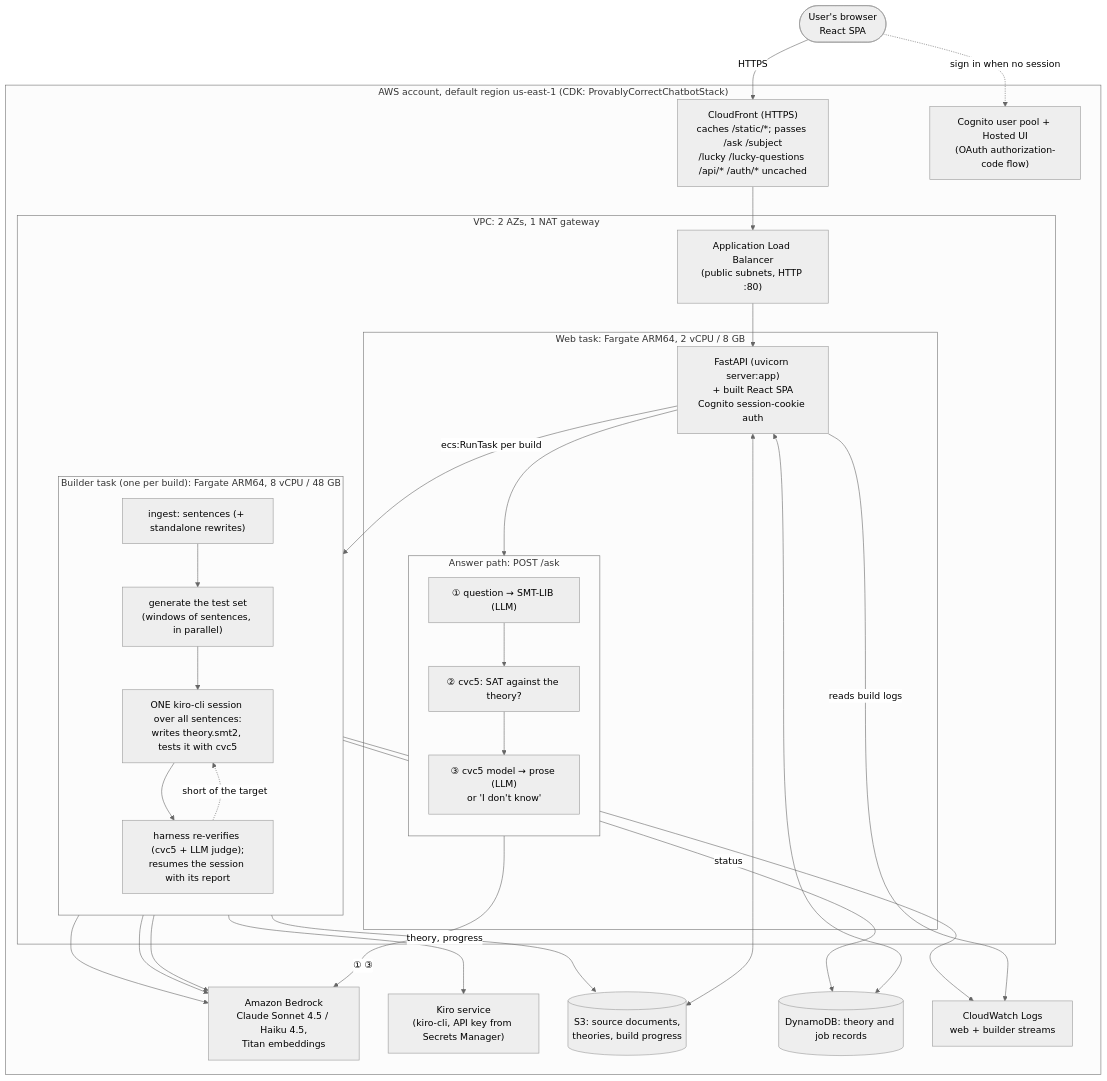
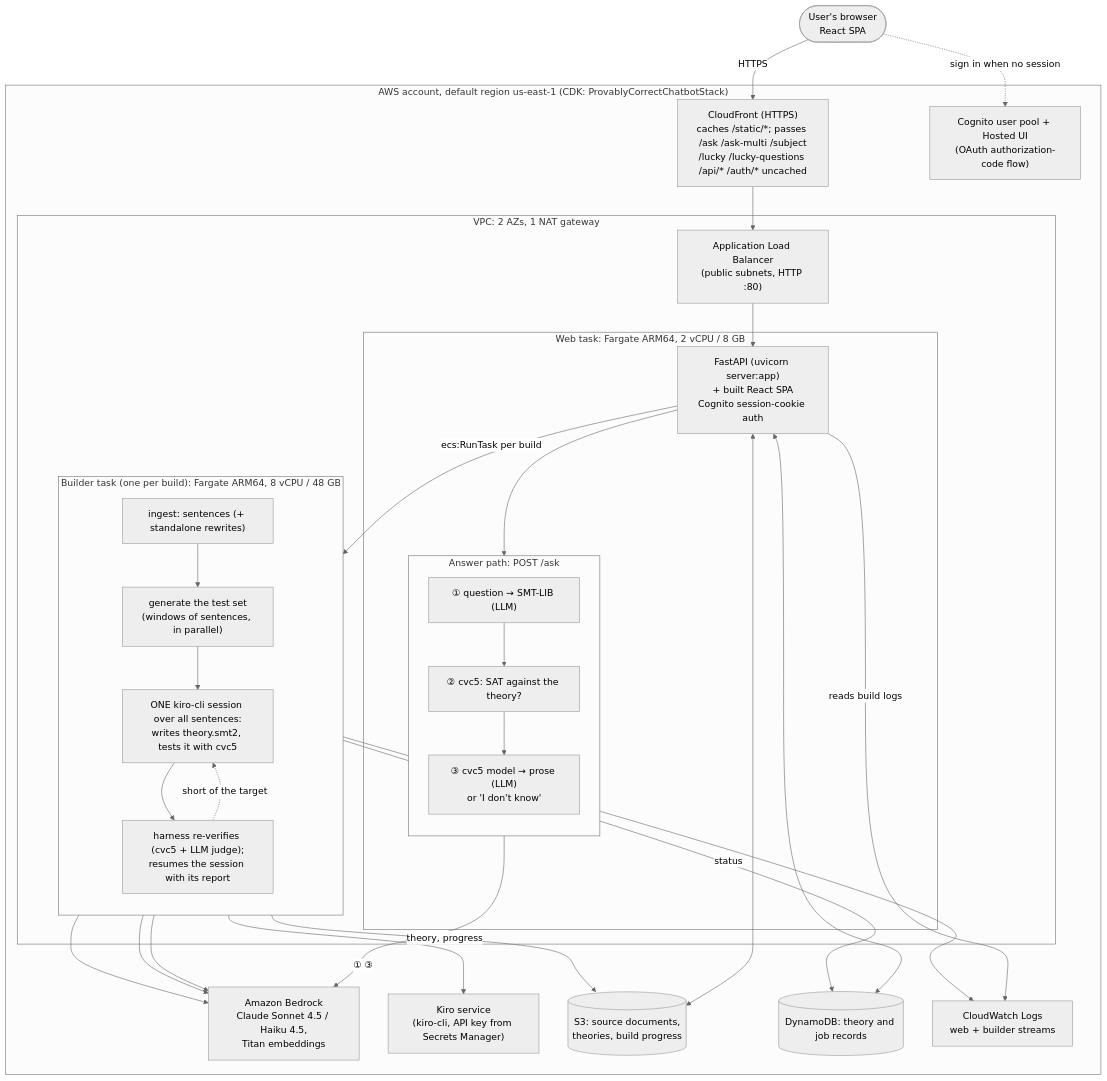
Before and after one commit to aws-samples/sample-provably-correct-chatbot-using-first-order-logic: the first of 2 diagrams in README.md, drawn with Mermaid (neutral theme). The commit also changed 3 other files, not shown here.

First line of the commit message:
fix(cdn): route POST /ask-multi to the API through CloudFront

````diff
--- a/README.md
+++ b/README.md
@@ -94,55 +94,55 @@
 ```mermaid
 flowchart TB
     user([User's browser<br/>React SPA])
 
     subgraph aws["AWS account, default region us-east-1 (CDK: ProvablyCorrectChatbotStack)"]
-        cf["CloudFront (HTTPS)<br/>caches /static/*; passes /ask /subject<br/>/lucky /lucky-questions /api/* /auth/* uncached"]
+        cf["CloudFront (HTTPS)<br/>caches /static/*; passes /ask /ask-multi /subject<br/>/lucky /lucky-questions /api/* /auth/* uncached"]
         cognito["Cognito user pool + Hosted UI<br/>(OAuth authorization-code flow)"]
 
         subgraph vpc["VPC: 2 AZs, 1 NAT gateway"]
             alb["Application Load Balancer<br/>(public subnets, HTTP :80)"]
 
             subgraph web["Web task: Fargate ARM64, 2 vCPU / 8 GB"]
                 api["FastAPI (uvicorn server:app)<br/>+ built React SPA<br/>Cognito session-cookie auth"]
                 subgraph answer["Answer path: POST /ask"]
                     direction TB
                     a1["① question → SMT-LIB (LLM)"]
                     a2["② cvc5: SAT against the theory?"]
                     a3["③ cvc5 model → prose (LLM)<br/>or 'I don't know'"]
                     a1 --> a2 --> a3
                 end
             end
 
             subgraph builder["Builder task (one per build): Fargate ARM64, 8 vCPU / 48 GB"]
                 direction TB
                 b1["ingest: sentences (+ standalone rewrites)"]
                 b2["generate the test set<br/>(windows of sentences, in parallel)"]
                 b3["ONE kiro-cli session over all sentences:<br/>writes theory.smt2, tests it with cvc5"]
                 b4["harness re-verifies (cvc5 + LLM judge);<br/>resumes the session with its report"]
                 b1 --> b2 --> b3 --> b4
                 b4 -. "short of the target" .-> b3
             end
         end
 
         bedrock["Amazon Bedrock<br/>Claude Sonnet 4.5 / Haiku 4.5,<br/>Titan embeddings"]
         kiro["Kiro service<br/>(kiro-cli, API key from Secrets Manager)"]
         s3[("S3: source documents,<br/>theories, build progress")]
         ddb[("DynamoDB: theory and job records")]
         logs["CloudWatch Logs<br/>web + builder streams"]
     end
 
     user -->|HTTPS| cf
     user -.->|"sign in when no session"| cognito
     cf --> alb --> api
     api --> answer
     answer -->|"① ③"| bedrock
     api -->|"ecs:RunTask per build"| builder
     b1 & b2 & b4 --> bedrock
     b3 --> kiro
     builder -->|"theory, progress"| s3
     builder -->|status| ddb
     api <--> s3
     api <--> ddb
     builder --> logs
     api -->|"reads build logs"| logs
 ```
````
